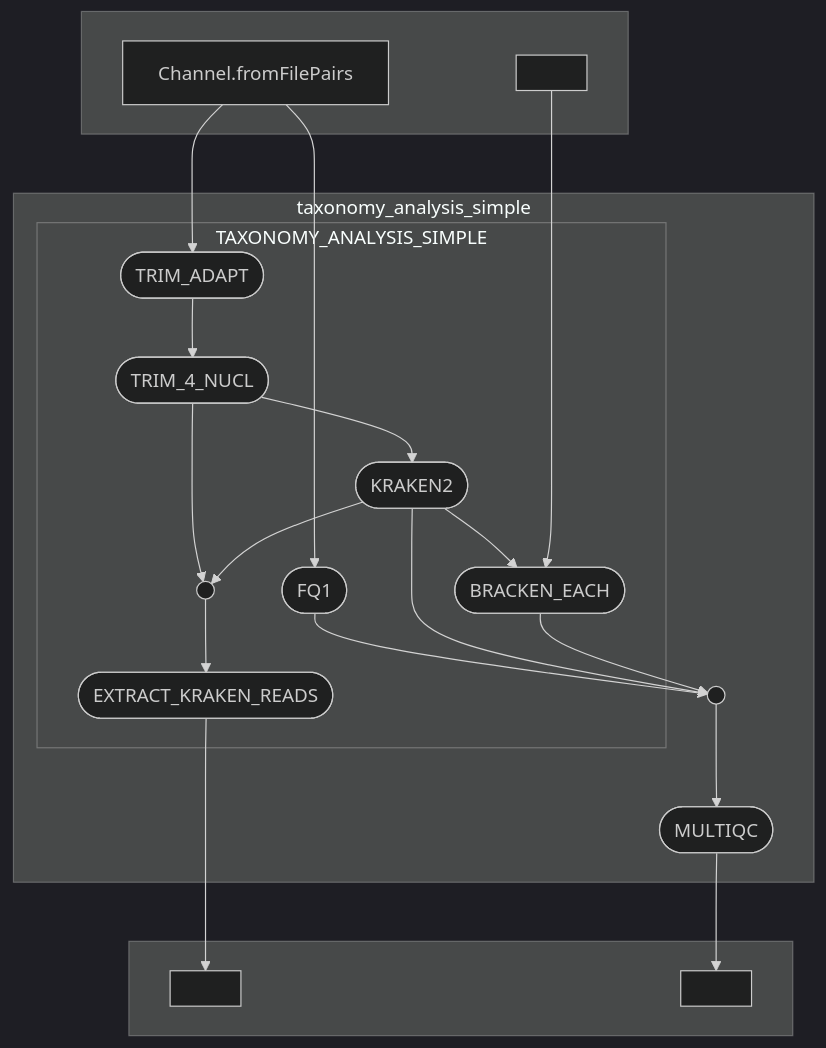
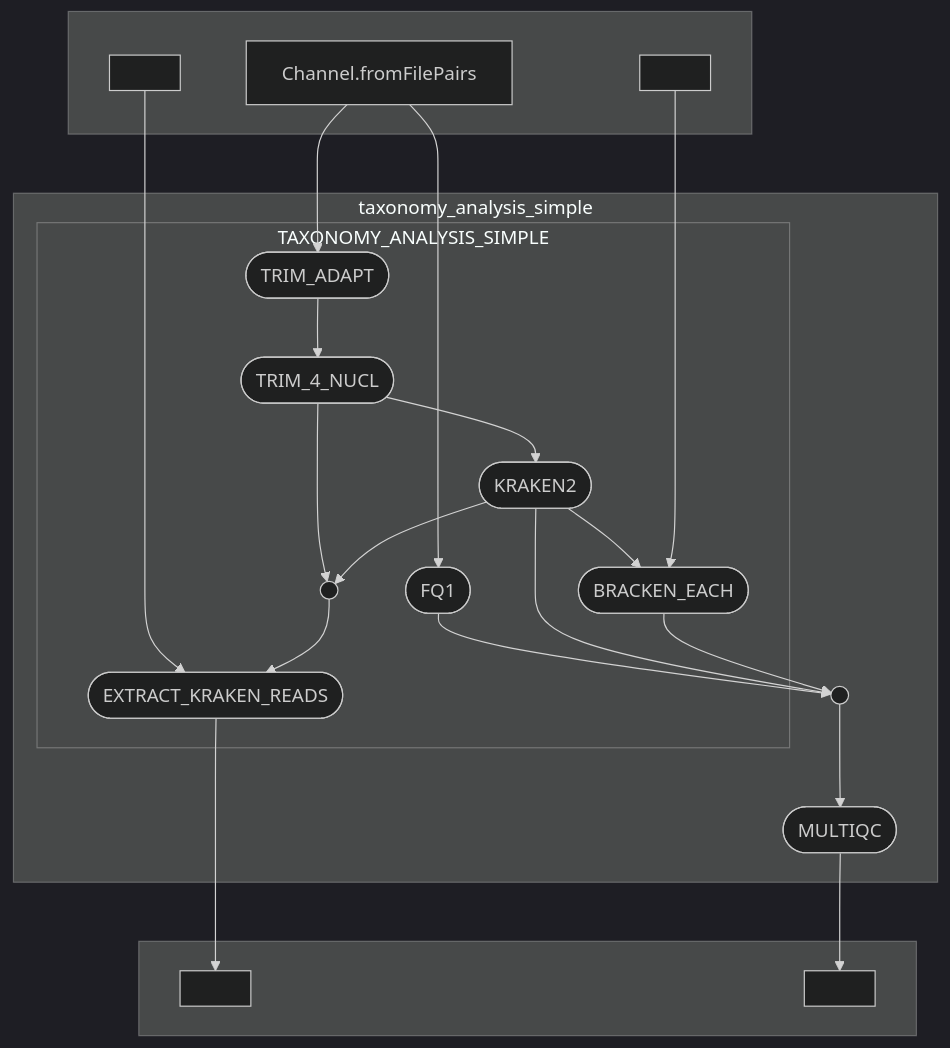
The diagram in dag.mmd (magletdinov/nextflow_projects), drawn with Mermaid (dark theme) before and after one commit. The commit also changed 5 other files, not shown here.

Commit message:
Extract kraken reads v3

```diff
--- a/dag.mmd
+++ b/dag.mmd
@@ -1,37 +1,39 @@
 flowchart TB
     subgraph " "
     v0["Channel.fromFilePairs"]
     v5[" "]
+    v9[" "]
     end
     subgraph taxonomy_analysis_simple
     subgraph TAXONOMY_ANALYSIS_SIMPLE
     v1([FQ1])
     v2([TRIM_ADAPT])
     v3([TRIM_4_NUCL])
     v4([KRAKEN2])
     v6([BRACKEN_EACH])
-    v9([EXTRACT_KRAKEN_READS])
+    v10([EXTRACT_KRAKEN_READS])
     v7(( ))
     end
-    v14([MULTIQC])
-    v11(( ))
+    v15([MULTIQC])
+    v12(( ))
     end
     subgraph " "
-    v10[" "]
-    v15[" "]
+    v11[" "]
+    v16[" "]
     end
     v0 --> v1
     v0 --> v2
-    v1 --> v11
+    v1 --> v12
     v2 --> v3
     v3 --> v4
     v3 --> v7
     v4 --> v6
     v4 --> v7
-    v4 --> v11
+    v4 --> v12
     v5 --> v6
-    v6 --> v11
-    v7 --> v9
+    v6 --> v12
     v9 --> v10
-    v11 --> v14
-    v14 --> v15
+    v7 --> v10
+    v10 --> v11
+    v12 --> v15
+    v15 --> v16
```
